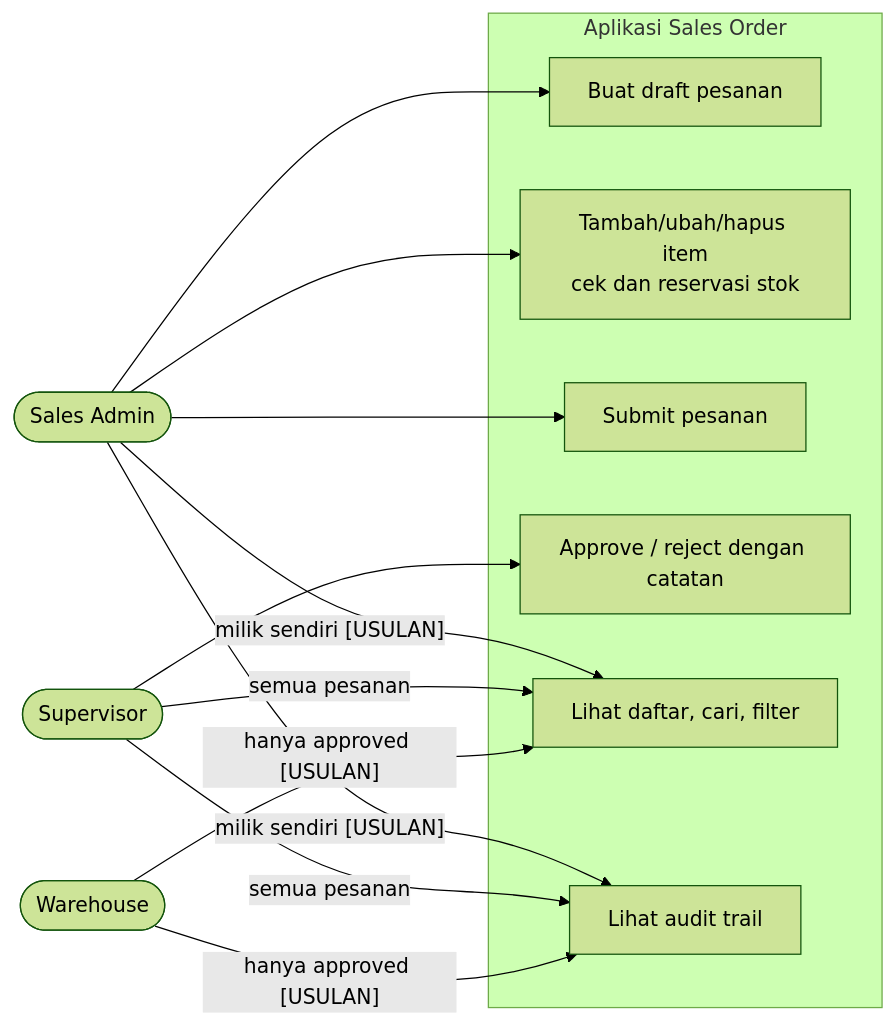
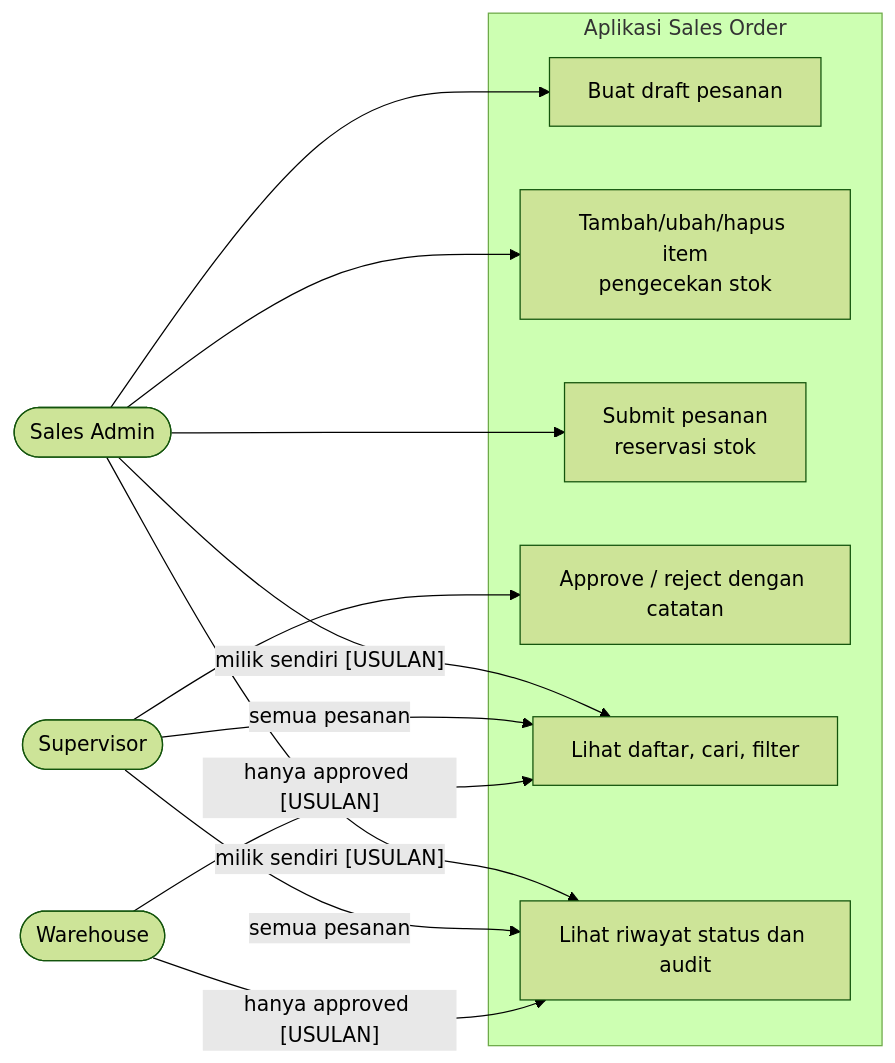
The first of 8 diagrams in docs/design/07-diagrams.md (riansefriadi/training-02-project), drawn with Mermaid (forest theme) before and after one commit. The commit also changed other lines of this file and 9 other files, not shown here.

````diff
--- a/docs/design/07-diagrams.md
+++ b/docs/design/07-diagrams.md
@@ -11,26 +11,26 @@
 ```mermaid
 flowchart LR
     SA([Sales Admin])
     SV([Supervisor])
     WH([Warehouse])
 
     subgraph Aplikasi Sales Order
         UC1[Buat draft pesanan]
-        UC2[Tambah/ubah/hapus item<br/>cek dan reservasi stok]
-        UC3[Submit pesanan]
+        UC2[Tambah/ubah/hapus item<br/>pengecekan stok]
+        UC3[Submit pesanan<br/>reservasi stok]
         UC4[Approve / reject dengan catatan]
         UC5[Lihat daftar, cari, filter]
-        UC6[Lihat audit trail]
+        UC6[Lihat riwayat status dan audit]
     end
 
     SA --> UC1
     SA --> UC2
     SA --> UC3
     SA -- "milik sendiri [USULAN]" --> UC5
     SA -- "milik sendiri [USULAN]" --> UC6
     SV --> UC4
     SV -- "semua pesanan" --> UC5
     SV -- "semua pesanan" --> UC6
     WH -- "hanya approved [USULAN]" --> UC5
     WH -- "hanya approved [USULAN]" --> UC6
 ```
````
